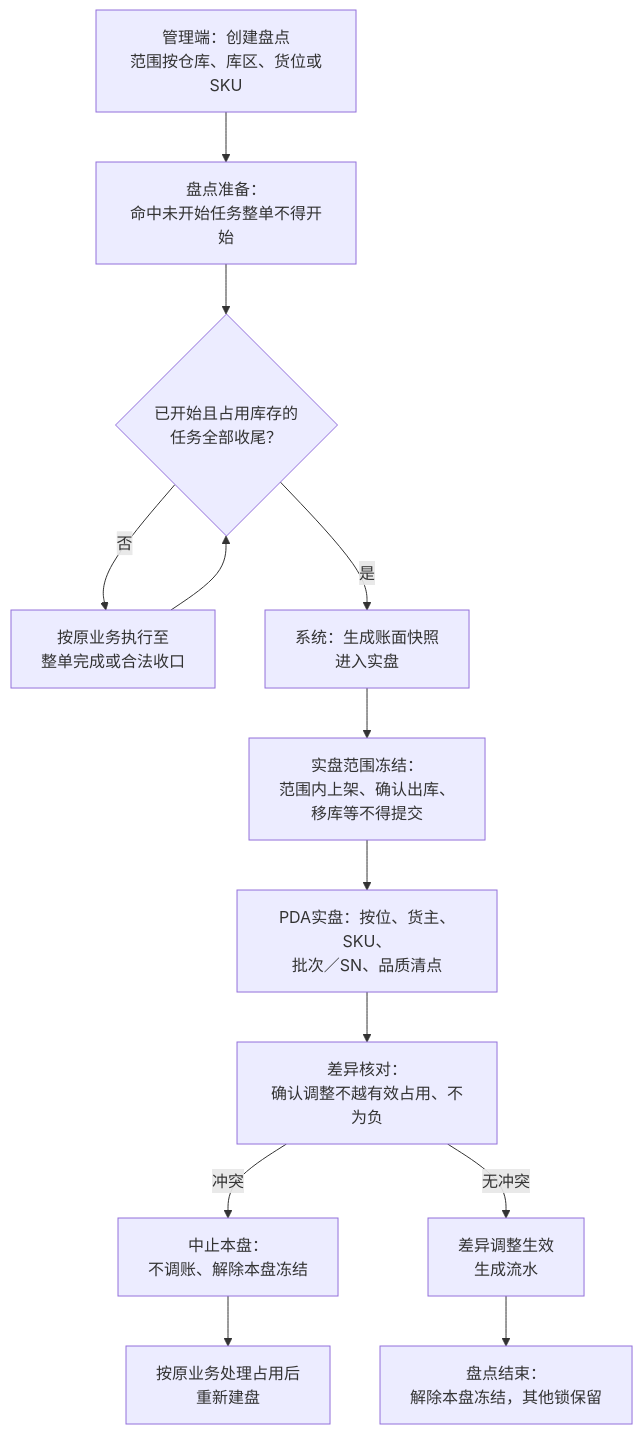
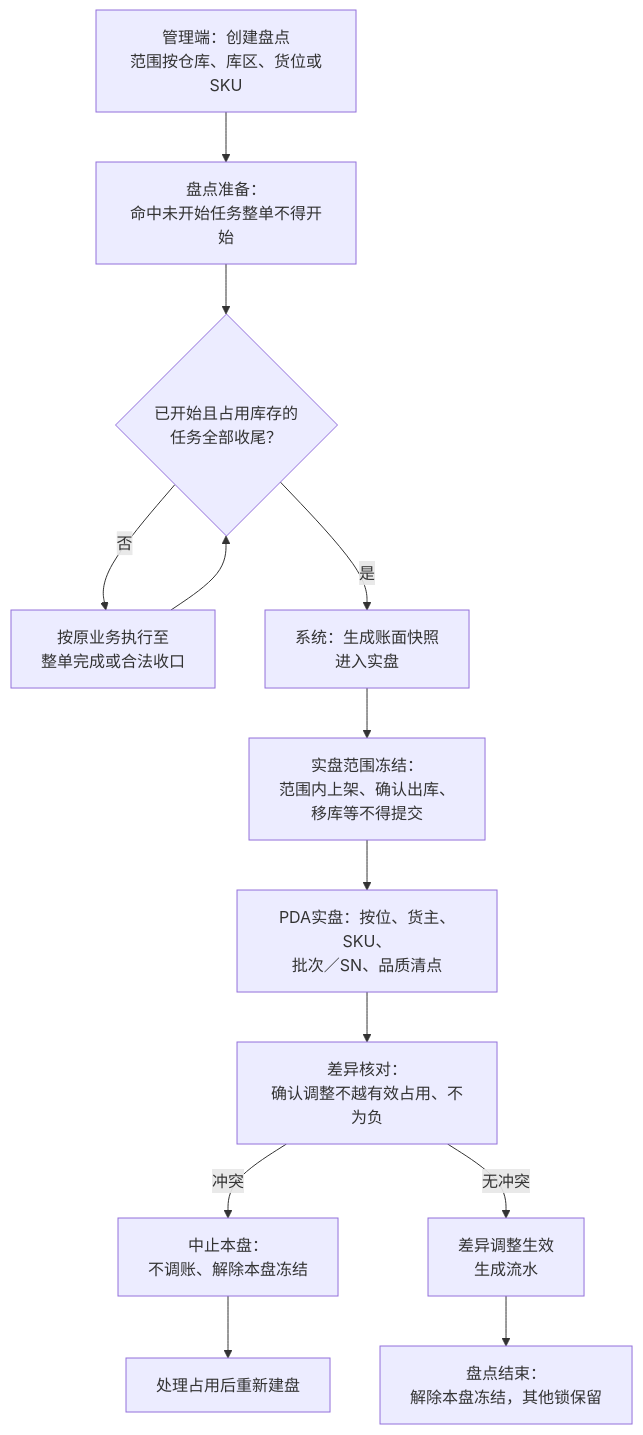
One commit to TopVitamin/QS-WMS-Project changed the sixth of 6 diagrams in 05-应用设计方案/20261002-MVP版本/系统架构设计/01-系统流程与单据交互.md. Above: the diagram before and after it, drawn with Mermaid. The commit also changed other lines of this file and 82 other files, not shown here.

````diff
--- a/05-应用设计方案/20261002-MVP版本/系统架构设计/01-系统流程与单据交互.md
+++ b/05-应用设计方案/20261002-MVP版本/系统架构设计/01-系统流程与单据交互.md
@@ -205,15 +243,15 @@
 ```mermaid
 flowchart TB
     A[管理端：创建盘点<br/>范围按仓库、库区、货位或SKU] --> B[盘点准备：<br/>命中未开始任务整单不得开始]
     B --> C{已开始且占用库存的<br/>任务全部收尾？}
     C -->|否| D[按原业务执行至<br/>整单完成或合法收口]
     D --> C
     C -->|是| E[系统：生成账面快照<br/>进入实盘]
     E --> F[实盘范围冻结：<br/>范围内上架、确认出库、<br/>移库等不得提交]
     F --> G[PDA实盘：按位、货主、SKU、<br/>批次／SN、品质清点]
     G --> H[差异核对：<br/>确认调整不越有效占用、不为负]
     H -->|冲突| I[中止本盘：<br/>不调账、解除本盘冻结]
-    I --> J[按原业务处理占用后<br/>重新建盘]
+    I --> J[处理占用后重新建盘]
     H -->|无冲突| K[差异调整生效<br/>生成流水]
     K --> L[盘点结束：<br/>解除本盘冻结，其他锁保留]
 ```
````
